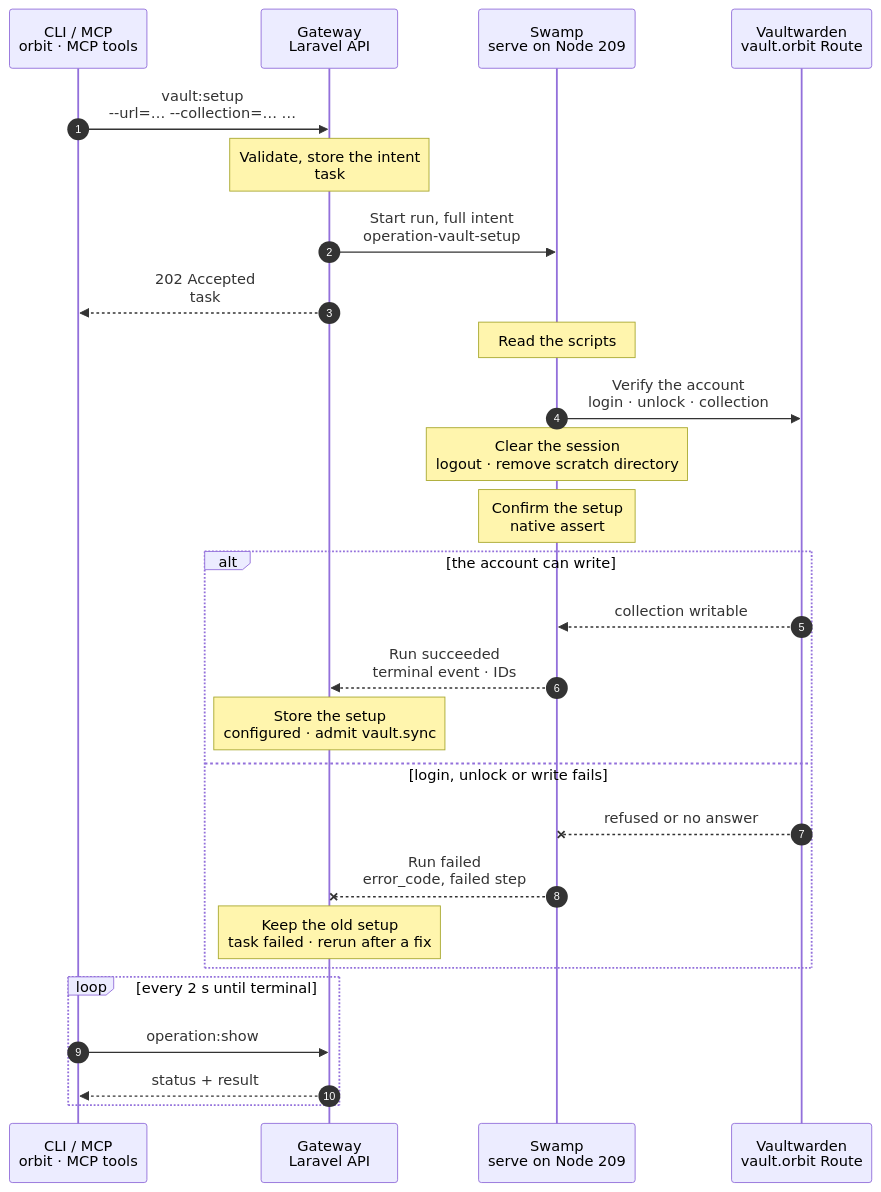
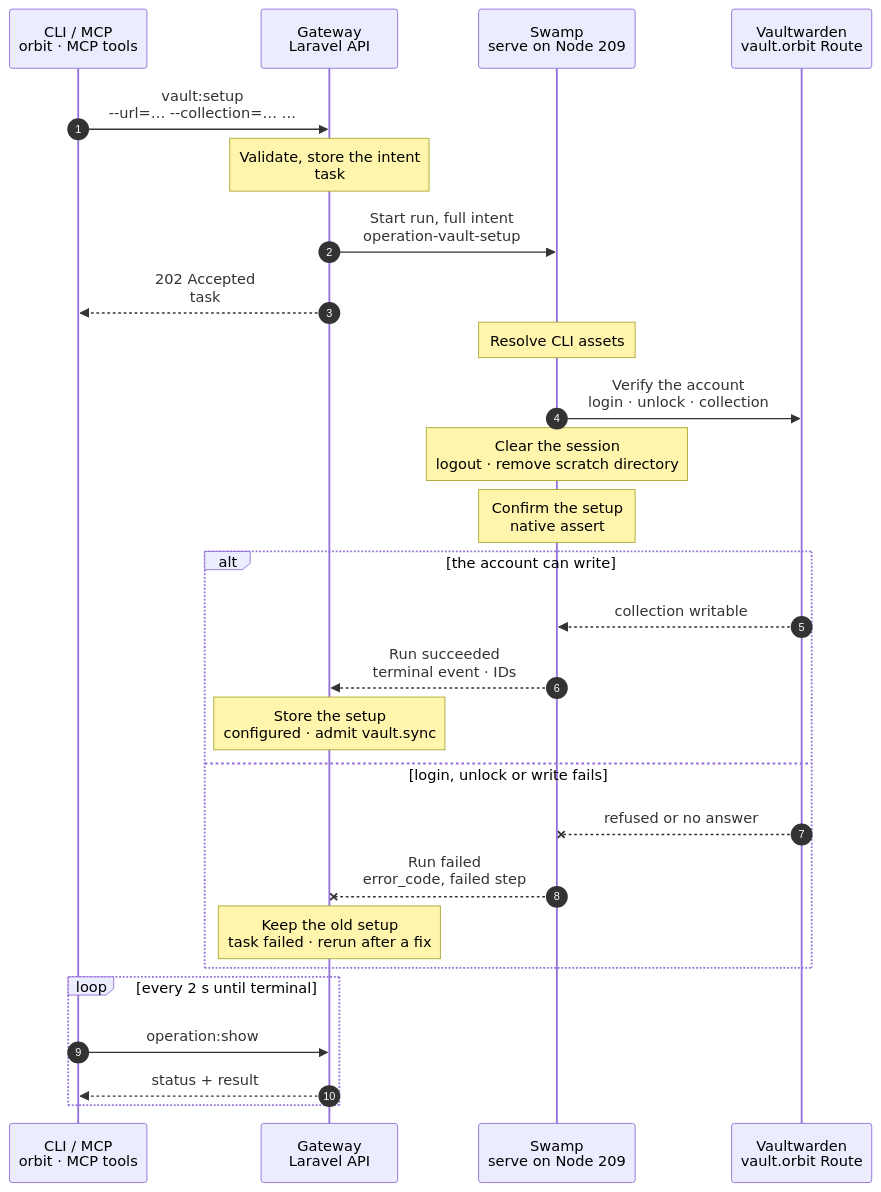
The diagram in docs/cli/vault/setup.mmd (hardimpactdev/orbit), drawn with Mermaid before and after one commit. The commit also changed 4 other files, not shown here.

First line of the commit message:
refactor(swamp): align vault setup with pass-3 chart

```diff
--- a/docs/cli/vault/setup.mmd
+++ b/docs/cli/vault/setup.mmd
@@ -1,95 +1,99 @@
 sequenceDiagram
   %% Target design: ADR 0244 task, DECISIONS R2-R4, swamp-vault-design (Vaultwarden = human copy). docs/reference/vaultwarden.md.
+  %% Tightened: flow-tighten 2026-11-02, rule 22 (no script-read step; the Bitwarden CLI calls run on 209).
   %% status: draft
   %% command: vault:setup
   %% kind: vault.setup
   autonumber
   %% lane CLI icon=terminal pill=caller tone=gray
   %% lane GW icon=gateway pill=intent tone=blue
   %% lane SW icon=workflow pill=executes tone=green
   %% lane VW icon=server pill=target tone=purple
   participant CLI as CLI / MCP<br/>orbit · MCP tools
   participant GW as Gateway<br/>Laravel API
   participant SW as Swamp<br/>serve on Node 209
   participant VW as Vaultwarden<br/>vault.orbit Route
   CLI->>GW: vault:setup<br/>--url=… --collection=… …
   %%> Command:
   %%> - `orbit vault:setup --url=https://vault.orbit --client-id=user.3f0c… --client-secret-file=./client-secret --master-password-file=./master-password --organization=Orbit --collection=Databases`
   %%> - syntax: `--url=ORIGIN --client-id=ID --client-secret-file=PATH --master-password-file=PATH --organization=NAME|ID --collection=NAME|ID`
   %%> Input:
   %%> - the Vaultwarden origin, the Gateway account's API key and master password, and the organization and collection
   %%> - the CLI reads the secrets from files, never from arguments
   Note over GW: Validate, store the intent<br/>task #5167 · secrets to vault
   %%> Requirements:
   %%> - the `vault` extension is on; your Node has an access grant to the Gateway
   %%> - the URL is HTTPS on a `.orbit` host, else `vault.url_invalid`
   %%> - no other setup, sync or teardown runs, else `vault.sync_busy`
   %%> - with items published, the organization and collection stay the same, else `vault.items_published`
   %%> What it does:
   %%> - stores the setup intent encrypted, then pushes the client secret and master password to the Swamp vault under a setup key after commit (R3)
   %%> Result:
   %%> - task #5167 recorded; the current setup, if any, stays in force
   GW->>SW: Start run, full intent<br/>operation-vault-setup
   %%> What it does:
   %%> - starts one Swamp run on serve (Node 209); no Node is a target
   %%> Inputs:
   %%> - the URL, client ID, organization and collection, and the vault key names; never the secrets
   GW-->>CLI: 202 Accepted<br/>task #5167
   %%> What you get:
   %%> - the task number, at once
   %%> Next:
   %%> - the CLI follows the task with `operation:show`, then prints `vault:status`
-  Note over SW: Read the scripts
+  Note over SW: Resolve CLI assets
   %%> What it does:
-  %%> - resolves the shipped Bitwarden CLI scripts and the public intent; no Gateway call
+  %%> - resolves worker-local CLI asset paths with Swamp's extensionFile API and serializes the public intent
+  %%> Why separate:
+  %%> - pinned command/shell accepts a command and environment, but has no extension asset input; workers have no repository checkout
+  %%> - reads no script contents or credentials and makes no Gateway or Node call
   SW->>VW: Verify the account<br/>login · unlock · collection
   %%> What it does:
   %%> - configures the official Bitwarden CLI in a private scratch directory, logs in, unlocks, and reads the collection
   %%> - resolves the organization and collection by name or ID and checks write access
   %%> - refuses a changed collection while published items exist
   %%> How:
   %%> - all work runs on a worker labelled role=swamp; only the Orbit root CA extends TLS trust
   %%> - credentials arrive from vault.get in the command environment; session keys stay in the scratch directory
   %%> Returns:
   %%> - only the account email, organization and collection IDs and names, and configured status
   Note over SW: Clear the session<br/>logout · remove scratch directory
   %%> What it does:
   %%> - native completed dependencies run cleanup after verification succeeds or fails
   %%> - logout is best effort; the scratch directory and session key are removed
   Note over SW: Confirm the setup<br/>native assert
   %%> What it does:
   %%> - checks the verification result with Swamp's native assert; no second login or write
   %%> Retry:
   %%> - native resume keeps completed verification; a new setup verifies credentials again in a fresh scratch directory
   alt the account can write
     VW-->>SW: collection writable
     %%> Returns:
     %%> - the account email and the organization and collection IDs
     SW-->>GW: Run succeeded<br/>terminal event · IDs
     %%> How the Gateway learns it:
     %%> - its shared run reader sees the terminal event; Swamp never calls the Gateway
     Note over GW: Store the setup<br/>configured · admit vault.sync
     %%> Result:
     %%> - the setup is stored encrypted and `vault:status` shows `configured`
     %%> - task #5167 succeeds, and the Gateway admits a first `vault.sync`
   else login, unlock or write fails
     VW--xSW: refused or no answer
     %%> When:
     %%> - a wrong API key or master password, an unknown organization or collection, no write access, or TLS fails
     SW--xGW: Run failed<br/>error_code, failed step
     %%> The Gateway reads:
     %%> - which step failed and its safe error code
     Note over GW: Keep the old setup<br/>task failed · rerun after a fix
     %%> Result:
     %%> - the new setup is not stored; an earlier setup stays in force; task #5167 fails
     %%> Retry:
     %%> - run the same command again with fixed values; it is a new task
   end
   loop every 2 s until terminal
     CLI->>GW: operation:show #5167
     %%> What it does:
     %%> - asks for the task's status every 2 seconds until it has ended
     GW-->>CLI: status + result
     %%> Returns:
     %%> - the current status, and the result once the task has ended
   end
```
